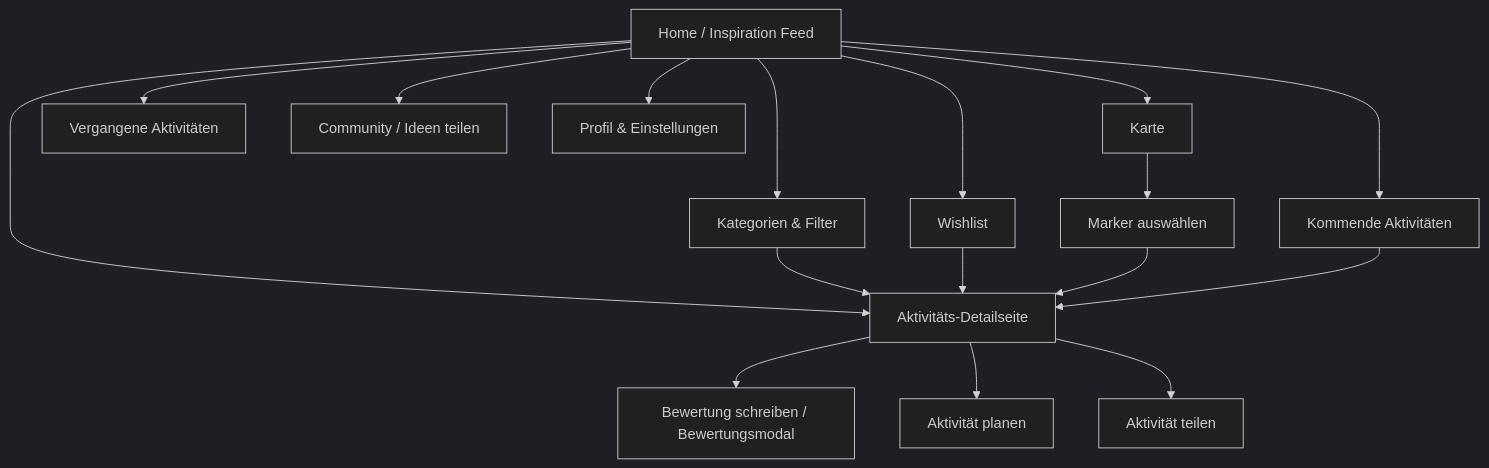
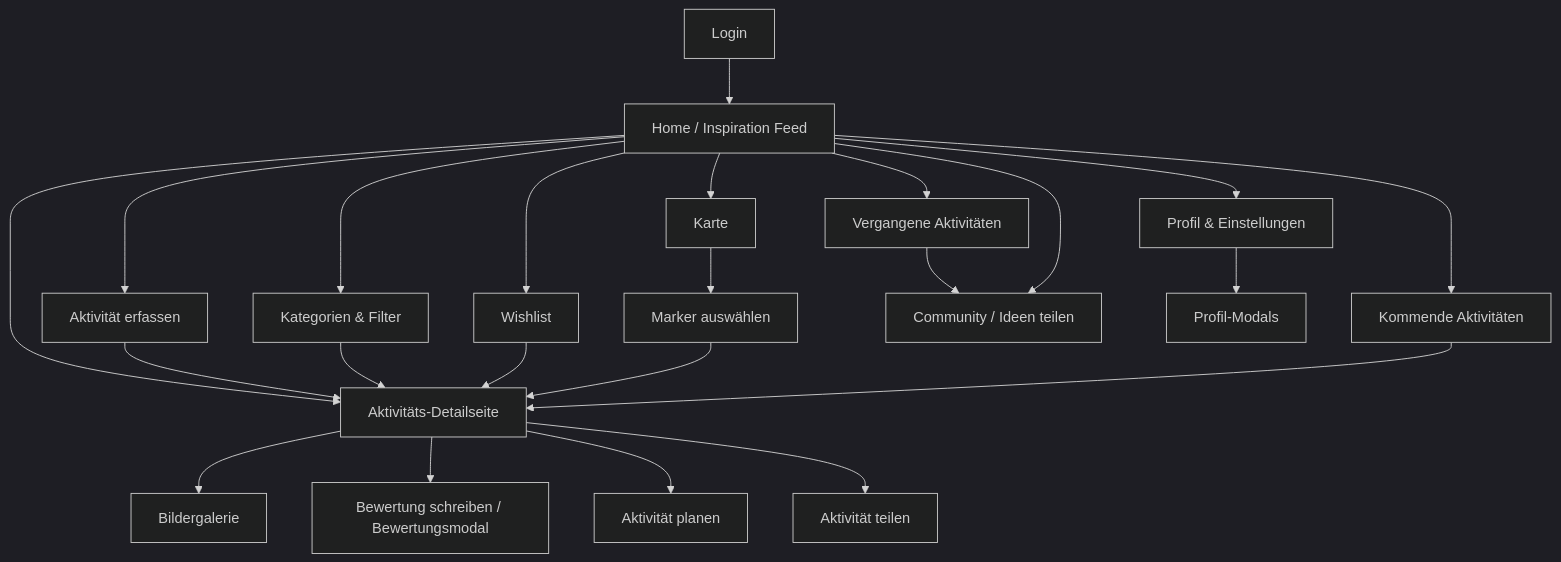
Before and after one commit to schjan06/Projekt_DatePlanner: the first of 2 diagrams in README.md, drawn with Mermaid (dark theme). The commit also changed other lines of this file, not shown here.

````diff
--- a/README.md
+++ b/README.md
@@ -75,33 +85,43 @@
 ```mermaid
 flowchart TD
+    Login["Login"]
     Home["Home / Inspiration Feed"]
+    NewActivity["Aktivität erfassen"]
     Detail["Aktivitäts-Detailseite"]
+    Gallery["Bildergalerie"]
     Review["Bewertung schreiben / Bewertungsmodal"]
     Plan["Aktivität planen"]
     Share["Aktivität teilen"]
     Categories["Kategorien & Filter"]
     Wishlist["Wishlist"]
     Map["Karte"]
     Marker["Marker auswählen"]
     Upcoming["Kommende Aktivitäten"]
     History["Vergangene Aktivitäten"]
     Community["Community / Ideen teilen"]
     Profile["Profil & Einstellungen"]
+    ProfileModals["Profil-Modals"]
 
+    Login --> Home
     Home --> Detail
+    Home --> NewActivity
+    NewActivity --> Detail
+    Detail --> Gallery
     Detail --> Review
     Detail --> Plan
     Detail --> Share
     Home --> Categories
     Categories --> Detail
     Home --> Wishlist
     Wishlist --> Detail
     Home --> Map
     Map --> Marker
     Marker --> Detail
     Home --> Upcoming
     Upcoming --> Detail
     Home --> History
+    History --> Community
     Home --> Community
     Home --> Profile
+    Profile --> ProfileModals
 ```
````
